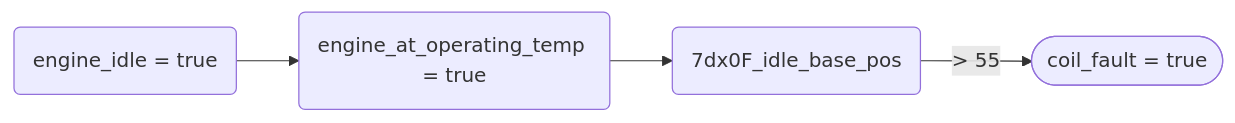
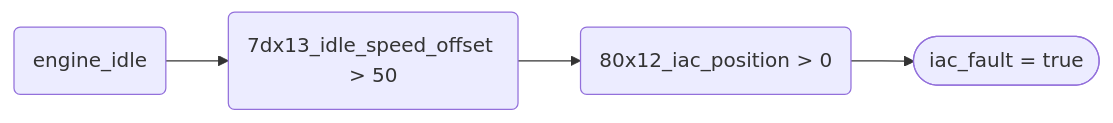
One commit to andrewdjackson/rosco changed diagram 14 of 23 in README.md. Above: the diagram before and after it, drawn with Mermaid. The commit also changed other lines of this file, not shown here.

````diff
--- a/README.md
+++ b/README.md
@@ -115,6 +128,6 @@
 ```mermaid
-flowchart LR
-Running("engine_idle = true") --> PreCheck
-PreCheck("engine_at_operating_temp = true") --> Metric
-Metric("7dx0F_idle_base_pos") --> |" > 55"|Result(["coil_fault = true"])
+flowchart LR 
+Running("engine_idle") --> PreCheck
+PreCheck("7dx13_idle_speed_offset > 50") --> Metric
+Metric("80x12_iac_position > 0") --> Result(["iac_fault = true"])
 ```
````
